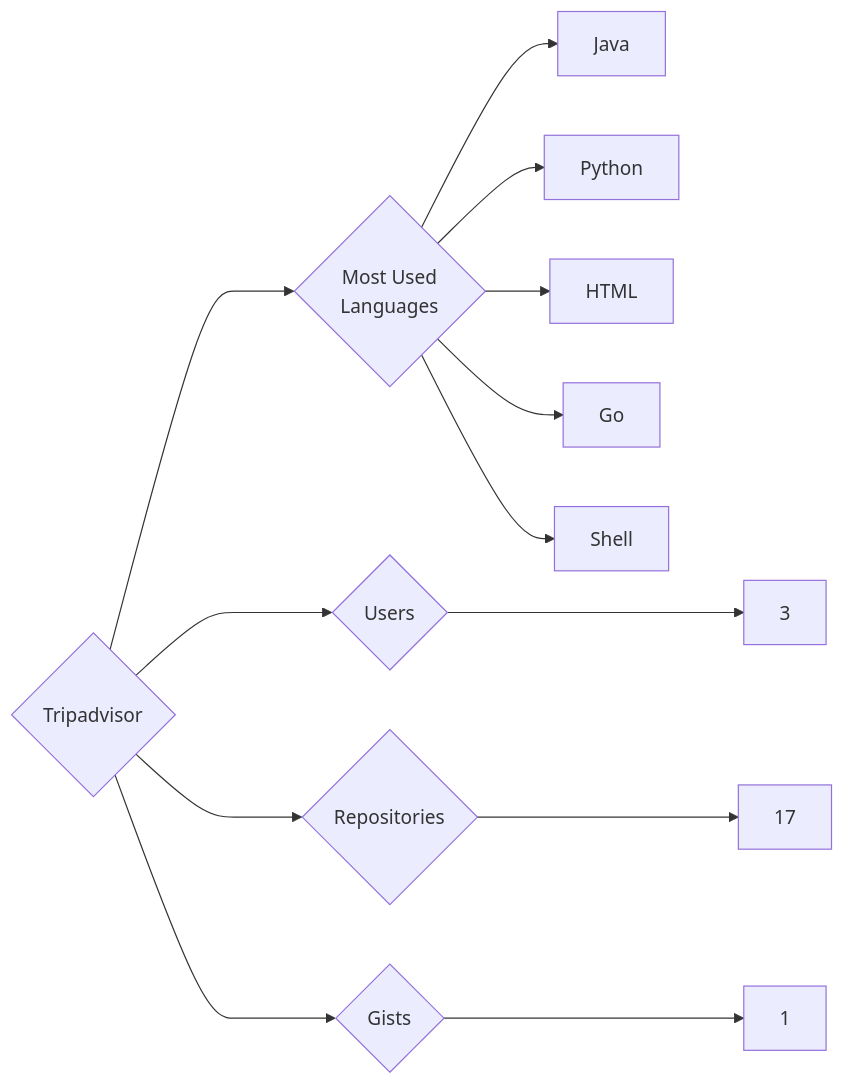
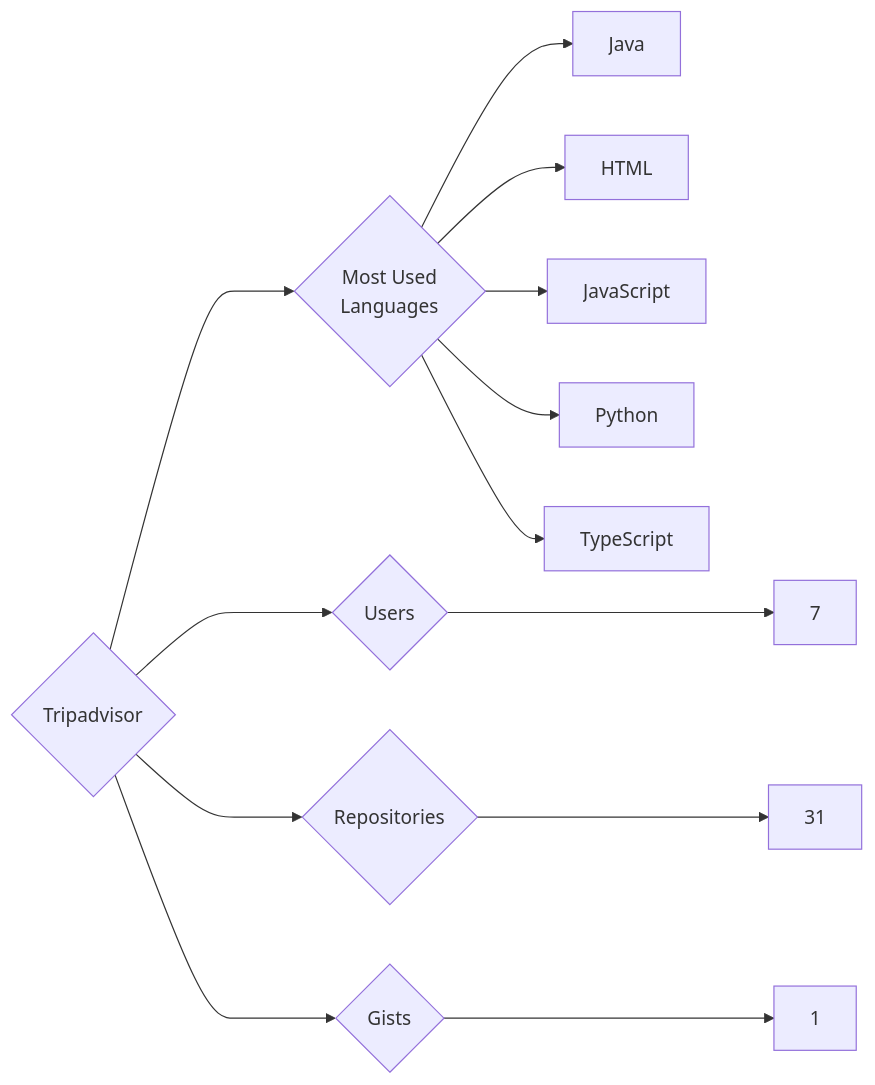
One commit to trickest/insiders changed the diagram in targets/Tripadvisor/README.md. Above: the diagram before and after it, drawn with Mermaid. The commit also changed 972 other files, not shown here.

````diff
--- a/targets/Tripadvisor/README.md
+++ b/targets/Tripadvisor/README.md
@@ -3,13 +3,13 @@
 ```mermaid
 graph LR
 COMPANY_NAME{Tripadvisor}
-COMPANY_NAME ---> U{Users} ---> UN[3]
-COMPANY_NAME ---> R{Repositories} ---> RN[17]
+COMPANY_NAME ---> U{Users} ---> UN[7]
+COMPANY_NAME ---> R{Repositories} ---> RN[31]
 COMPANY_NAME ---> G{Gists} ---> GN[1]
 COMPANY_NAME ---> ML{Most Used<br>Languages}
 ML --> Java[Java]
+ML --> HTML[HTML]
+ML --> JavaScript[JavaScript]
 ML --> Python[Python]
-ML --> HTML[HTML]
-ML --> Go[Go]
-ML --> Shell[Shell]
+ML --> TypeScript[TypeScript]
 ```
````
